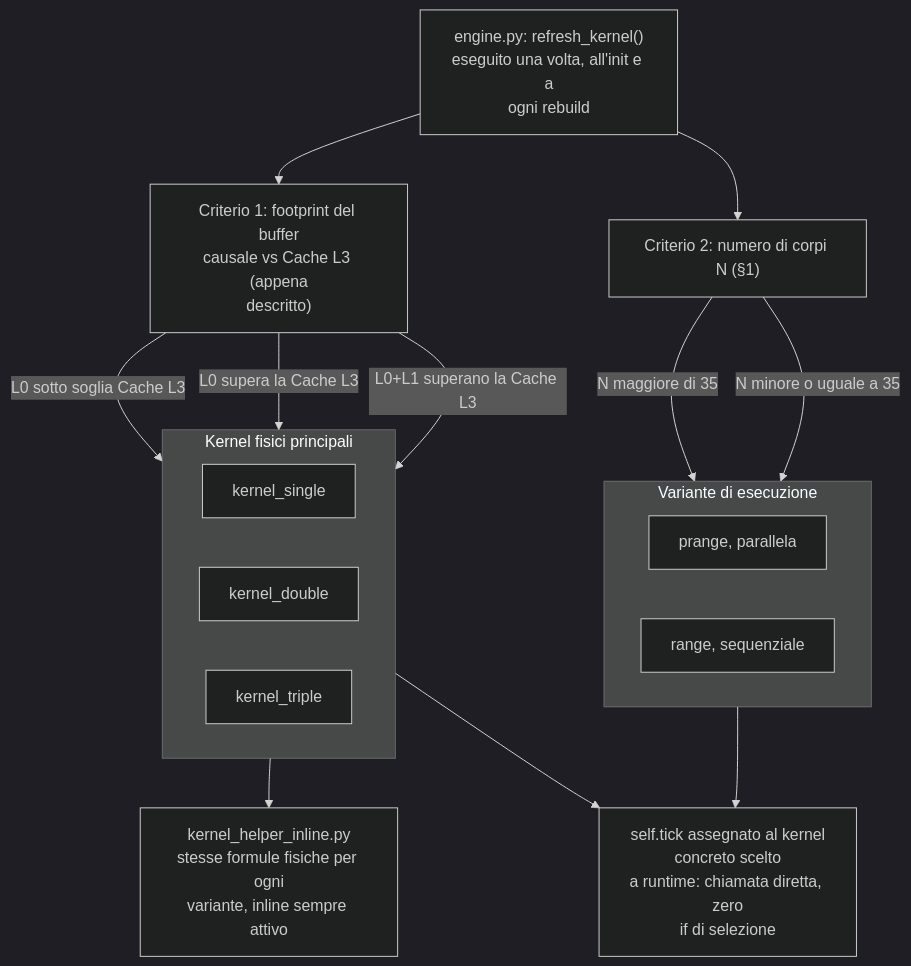
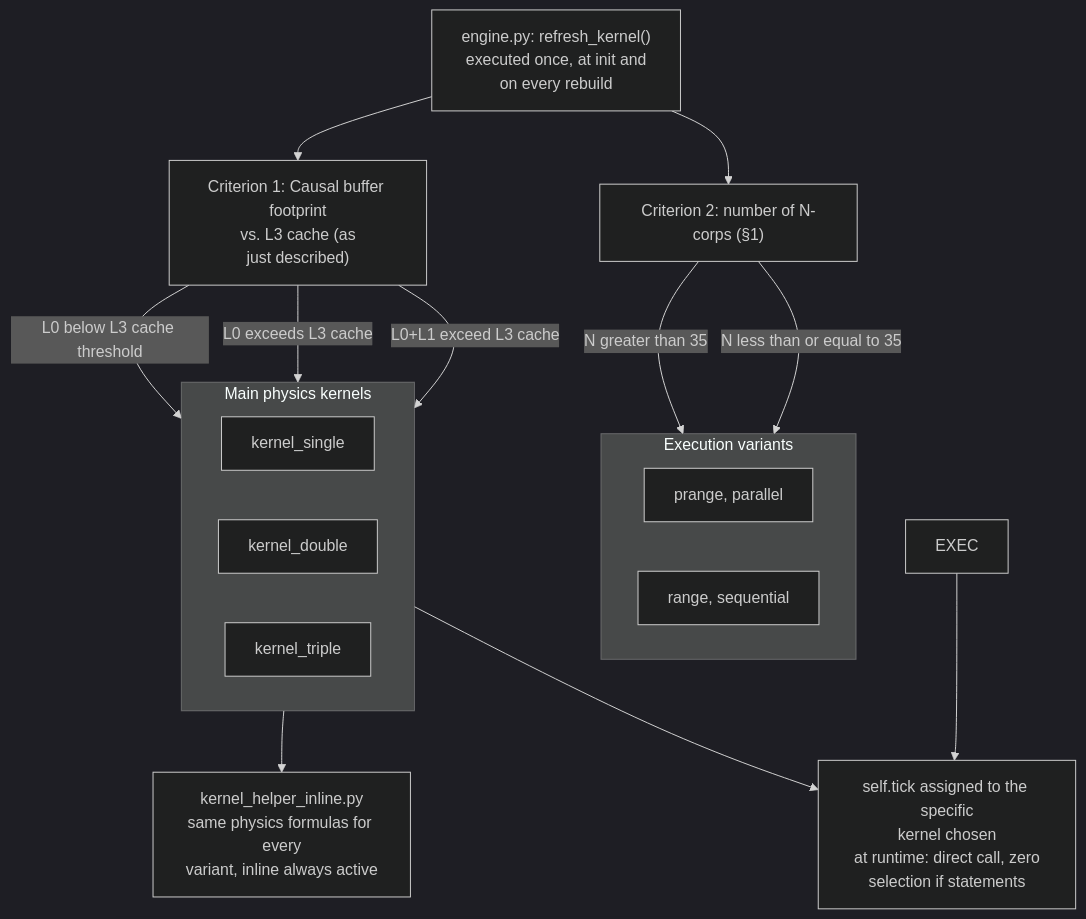
The second of 11 diagrams in ARCHITECTURE_DEEP_DIVE.md (alessandro-pioli/AstroCausal_Engine), drawn with Mermaid (dark theme) before and after one commit. The commit also changed other lines of this file and 5 other files, not shown here.

````diff
--- a/ARCHITECTURE_DEEP_DIVE.md
+++ b/ARCHITECTURE_DEEP_DIVE.md
@@ -189,28 +192,28 @@
 ```mermaid
 flowchart TD
-    A["engine.py: refresh_kernel()<br/>eseguito una volta, all'init e a<br/>ogni rebuild"] --> B["Criterio 1: footprint del buffer<br/>causale vs Cache L3 (appena<br/>descritto)"]
-    A --> C["Criterio 2: numero di corpi N (§1)"]
+    A["engine.py: refresh_kernel()<br/>executed once, at init and<br/>on every rebuild"] --> B["Criterion 1: Causal buffer footprint<br/>vs. L3 cache (as<br/>just described)"]
+    A --> C["Criterion 2: number of N-corps (§1)"]
 
-    subgraph KERNEL["Kernel fisici principali"]
+    subgraph KERNEL["Main physics kernels"]
         direction LR
         K1["kernel_single"]
         K2["kernel_double"]
         K3["kernel_triple"]
     end
 
-    subgraph ESEC["Variante di esecuzione"]
+    subgraph ESEC["Execution variants"]
         direction LR
-        P1["prange, parallela"]
-        P2["range, sequenziale"]
+        P1["prange, parallel"]
+        P2["range, sequential"]
     end
 
-    B -->|"L0 sotto soglia Cache L3"| K1
-    B -->|"L0 supera la Cache L3"| K2
-    B -->|"L0+L1 superano la Cache L3"| K3
-    C -->|"N maggiore di 35"| P1
-    C -->|"N minore o uguale a 35"| P2
+    B -->|"L0 below L3 cache threshold"| K1
+    B -->|"L0 exceeds L3 cache"| K2
+    B -->|"L0+L1 exceed L3 cache"| K3
+    C -->|"N greater than 35"| P1
+    C -->|"N less than or equal to 35"| P2
 
-    KERNEL --> H["kernel_helper_inline.py<br/>stesse formule fisiche per ogni<br/>variante, inline sempre attivo"]
-    KERNEL --> T["self.tick assegnato al kernel<br/>concreto scelto<br/>a runtime: chiamata diretta, zero<br/>if di selezione"]
-    ESEC --> T
+    KERNEL --> H["kernel_helper_inline.py<BR/>same physics formulas for every<BR/>variant, inline always active"]
+    KERNEL --> T["self.tick assigned to the specific<BR/>kernel chosen<BR/>at runtime: direct call, zero<BR/>selection if statements"]
+    EXEC --> T
 ```
````
